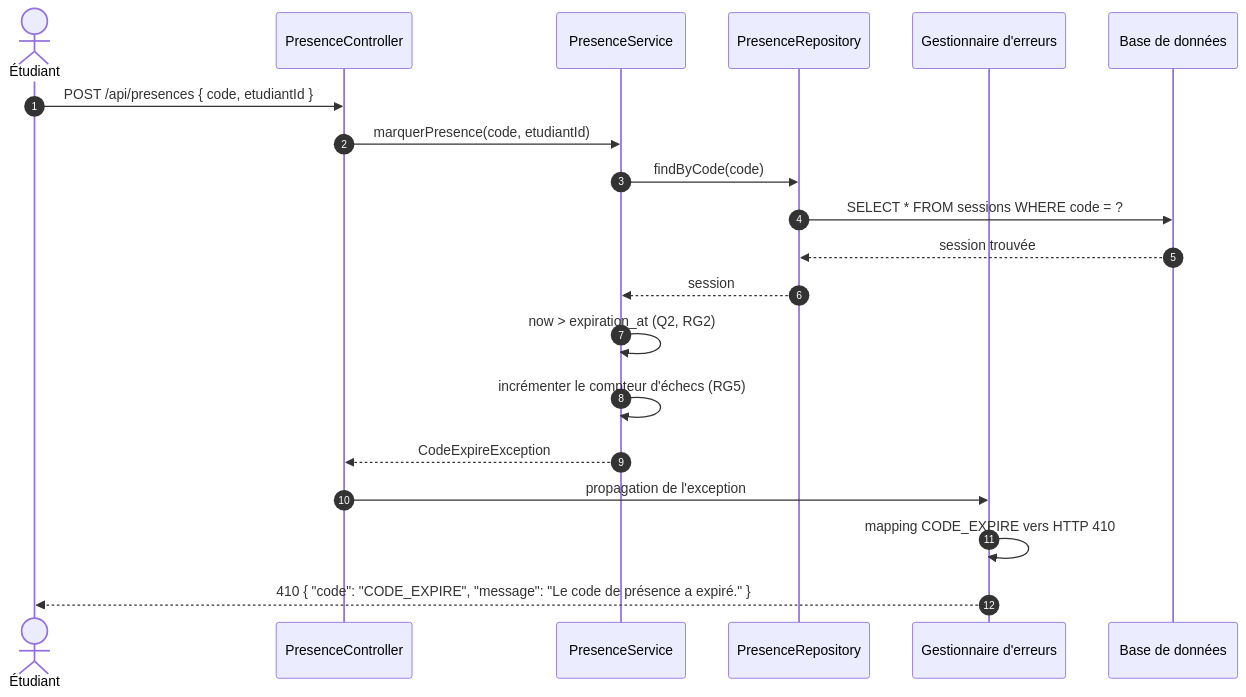
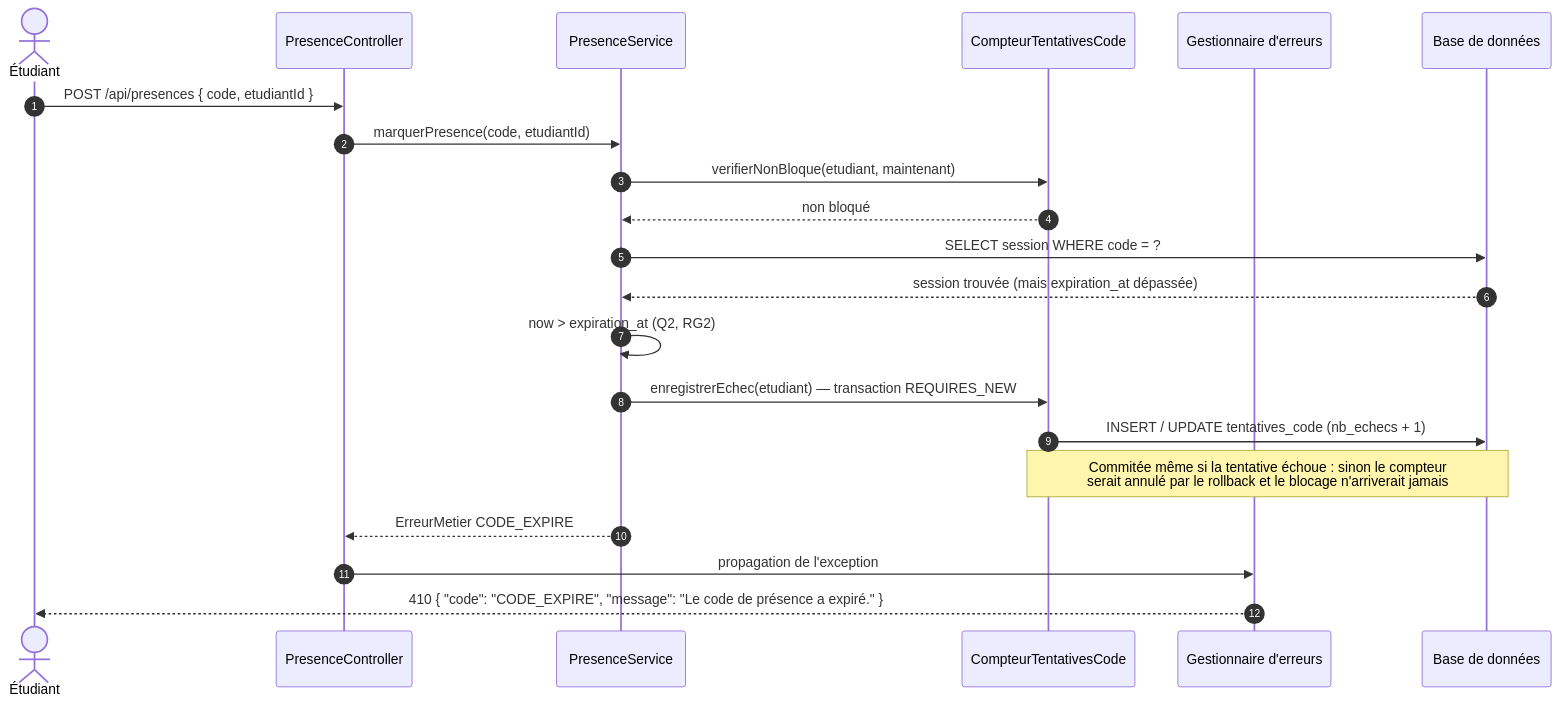
One commit to Ulrichsk/KFOKAM48-EPREUVE-249 changed the second of 4 diagrams in docs/diagrammes/D3.md. Above: the diagram before and after it, drawn with Mermaid. The commit also changed other lines of this file and 10 other files, not shown here.

First line of the commit message:
Blocage de la saisie du code après cinq erreurs (EF13, RG5) — Closes #4

````diff
--- a/docs/diagrammes/D3.md
+++ b/docs/diagrammes/D3.md
@@ -57,26 +68,28 @@
 ```mermaid
 sequenceDiagram
     autonumber
     actor E as Étudiant
     participant C as PresenceController
     participant S as PresenceService
-    participant R as PresenceRepository
+    participant K as CompteurTentativesCode
     participant H as Gestionnaire d'erreurs
     participant DB as Base de données
 
     E->>C: POST /api/presences { code, etudiantId }
     C->>S: marquerPresence(code, etudiantId)
 
-    S->>R: findByCode(code)
-    R->>DB: SELECT * FROM sessions WHERE code = ?
-    DB-->>R: session trouvée
-    R-->>S: session
+    S->>K: verifierNonBloque(etudiant, maintenant)
+    K-->>S: non bloqué
+
+    S->>DB: SELECT session WHERE code = ?
+    DB-->>S: session trouvée (mais expiration_at dépassée)
 
     S->>S: now > expiration_at (Q2, RG2)
-    S->>S: incrémenter le compteur d'échecs (RG5)
-    S-->>C: CodeExpireException
+    S->>K: enregistrerEchec(etudiant) — transaction REQUIRES_NEW
+    K->>DB: INSERT / UPDATE tentatives_code (nb_echecs + 1)
+    Note over K,DB: Commitée même si la tentative échoue : sinon le compteur<br/>serait annulé par le rollback et le blocage n'arriverait jamais
+    S-->>C: ErreurMetier CODE_EXPIRE
 
     C->>H: propagation de l'exception
-    H->>H: mapping CODE_EXPIRE vers HTTP 410
     H-->>E: 410 { "code": "CODE_EXPIRE", "message": "Le code de présence a expiré." }
 ```
````
